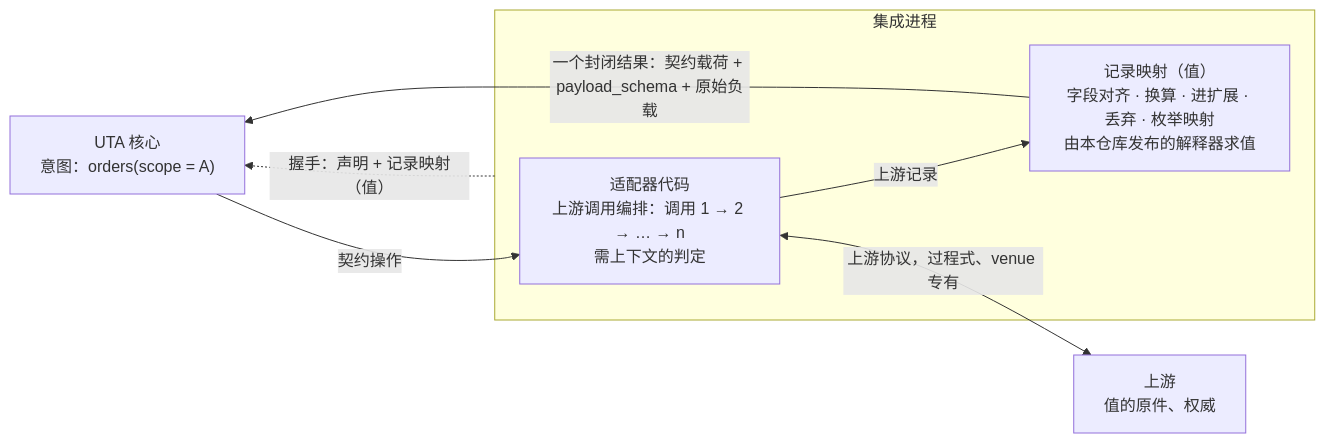
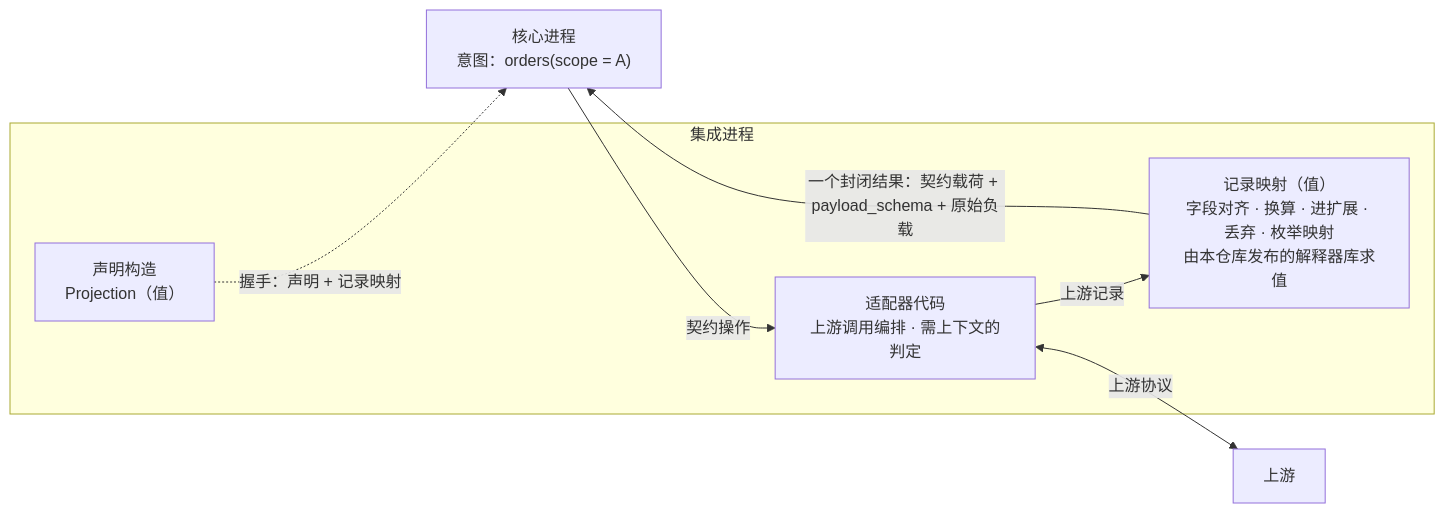
Before and after one commit to mouriya-s-lab/uta: the second of 2 diagrams in design/integration/design.md, drawn with Mermaid. The commit also changed other lines of this file and 58 other files, not shown here.

````diff
--- a/design/integration/design.md
+++ b/design/integration/design.md
@@ -17,10 +70,13 @@
 ```mermaid
 flowchart LR
-  CORE["UTA 核心<br/>意图：orders(scope = A)"] -->|"契约操作"| CODE
+  CORE["核心进程<br/>意图：orders(scope = A)"] -->|"契约操作"| CODE
   subgraph INT["集成进程"]
-    CODE["适配器代码<br/>上游调用编排：调用 1 → 2 → … → n<br/>需上下文的判定"] -->|"上游记录"| MAP["记录映射（值）<br/>字段对齐 · 换算 · 进扩展 · 丢弃 · 枚举映射<br/>由本仓库发布的解释器求值"]
+    DECL["声明构造<br/>Projection（值）"]
+    CODE["适配器代码<br/>上游调用编排 · 需上下文的判定"]
+    MAP["记录映射（值）<br/>字段对齐 · 换算 · 进扩展 · 丢弃 · 枚举映射<br/>由本仓库发布的解释器库求值"]
+    CODE -->|"上游记录"| MAP
   end
-  CODE <-->|"上游协议，过程式、venue 专有"| UP["上游<br/>值的原件、权威"]
+  CODE <-->|"上游协议"| UP["上游"]
   MAP -->|"一个封闭结果：契约载荷 + payload_schema + 原始负载"| CORE
-  INT -.->|"握手：声明 + 记录映射（值）"| CORE
+  DECL -.->|"握手：声明 + 记录映射"| CORE
 ```
````
